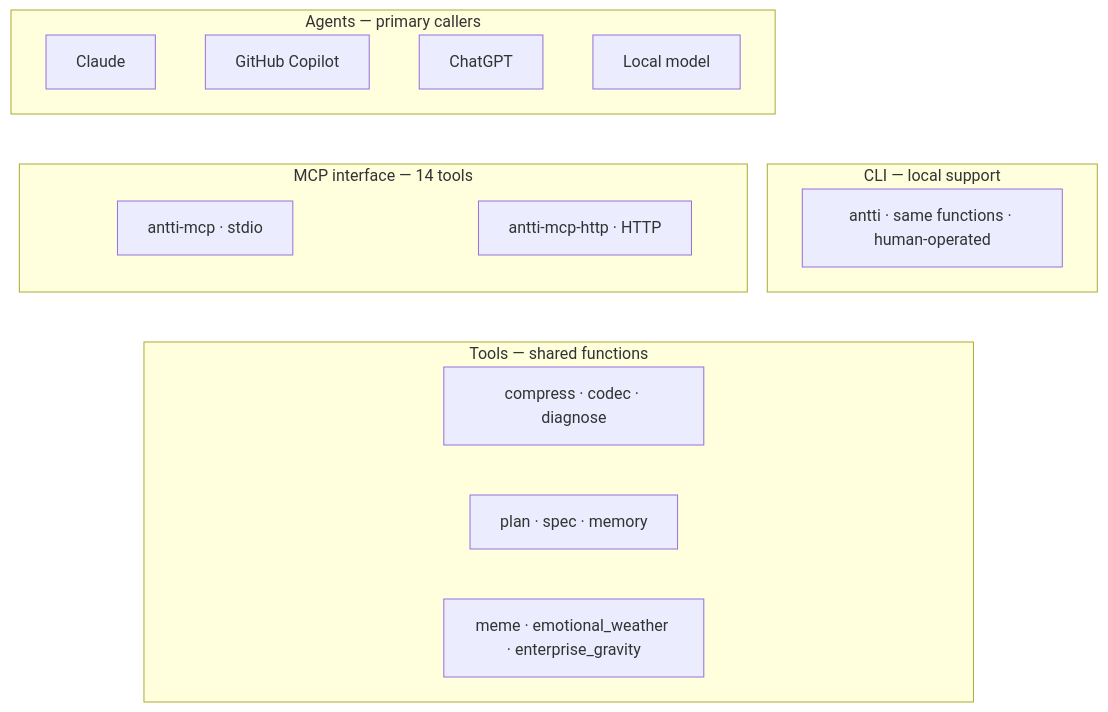
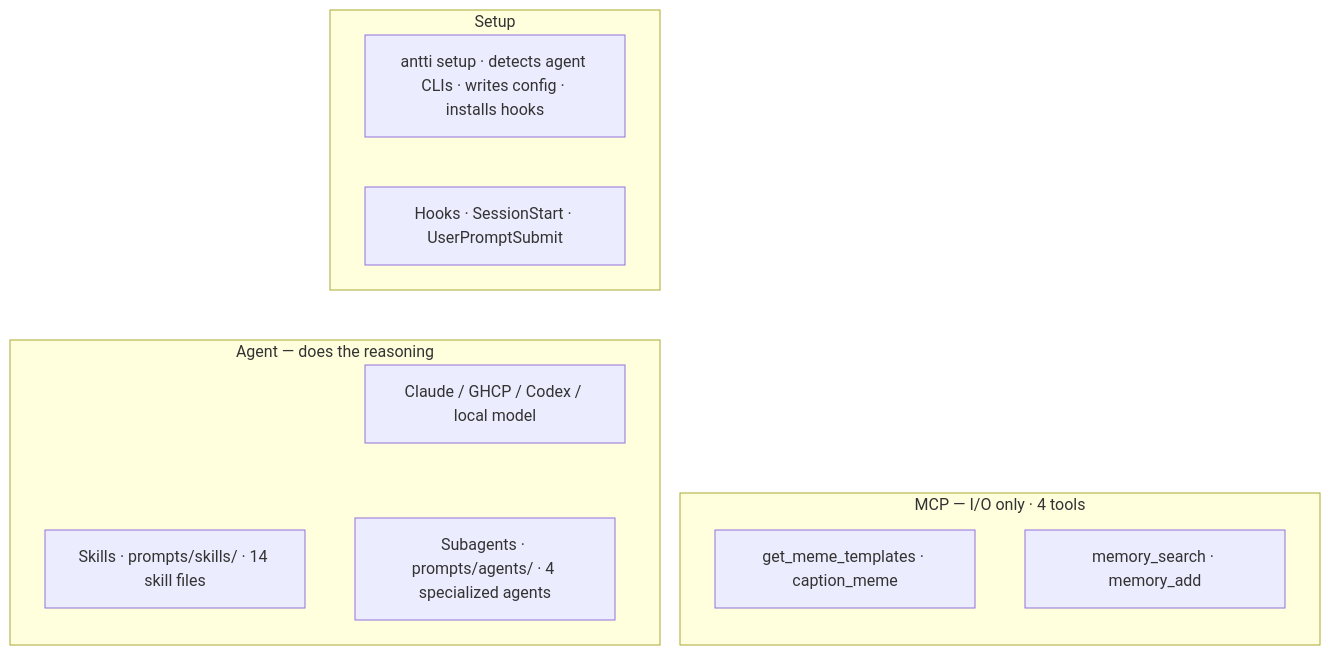
Before and after one commit to epical-antti-syvanne/antti-stack: the first of 2 diagrams in README.md, drawn with Mermaid. The commit also changed other lines of this file and 70 other files, not shown here.

````diff
--- a/README.md
+++ b/README.md
@@ -399,31 +410,23 @@
 ```mermaid
 graph TB
-    subgraph "Agents — primary callers"
-        claude[Claude]
-        chatgpt[ChatGPT]
-        ghcp[GitHub Copilot]
-        local[Local model]
+    subgraph "Agent — does the reasoning"
+        claude[Claude / GHCP / Codex / local model]
+        skills[Skills · prompts/skills/ · 14 skill files]
+        agents[Subagents · prompts/agents/ · 4 specialized agents]
     end
-    subgraph "MCP interface — 14 tools"
-        stdio[antti-mcp · stdio]
-        http[antti-mcp-http · HTTP]
+    subgraph "MCP — I/O only · 4 tools"
+        meme_t[get_meme_templates · caption_meme]
+        mem[memory_search · memory_add]
     end
-    subgraph "Tools — shared functions"
-        compress[compress · codec · diagnose]
-        plan[plan · spec · memory]
-        meme[meme · emotional_weather · enterprise_gravity]
-    end
-    subgraph "CLI — local support"
-        cli[antti · same functions · human-operated]
+    subgraph "Setup"
+        setup[antti setup · detects agent CLIs · writes config · installs hooks]
+        hooks[Hooks · SessionStart · UserPromptSubmit]
     end
 
-    claude ~~~ stdio
-    chatgpt ~~~ http
-    ghcp ~~~ stdio
-    local ~~~ http
-    stdio ~~~ compress
-    http ~~~ compress
-    compress ~~~ plan
-    plan ~~~ meme
-    cli ~~~ compress
+    claude ~~~ skills
+    claude ~~~ agents
+    claude ~~~ meme_t
+    claude ~~~ mem
+    setup ~~~ hooks
+    hooks ~~~ claude
 ```
````
